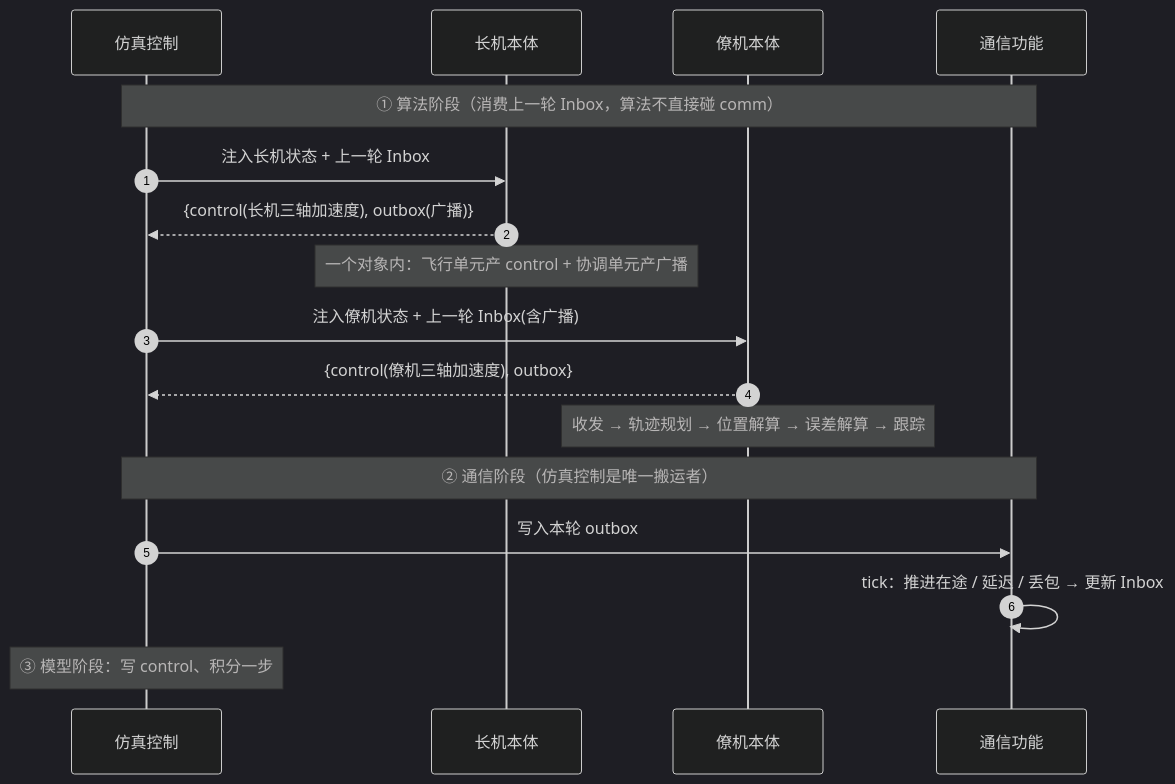
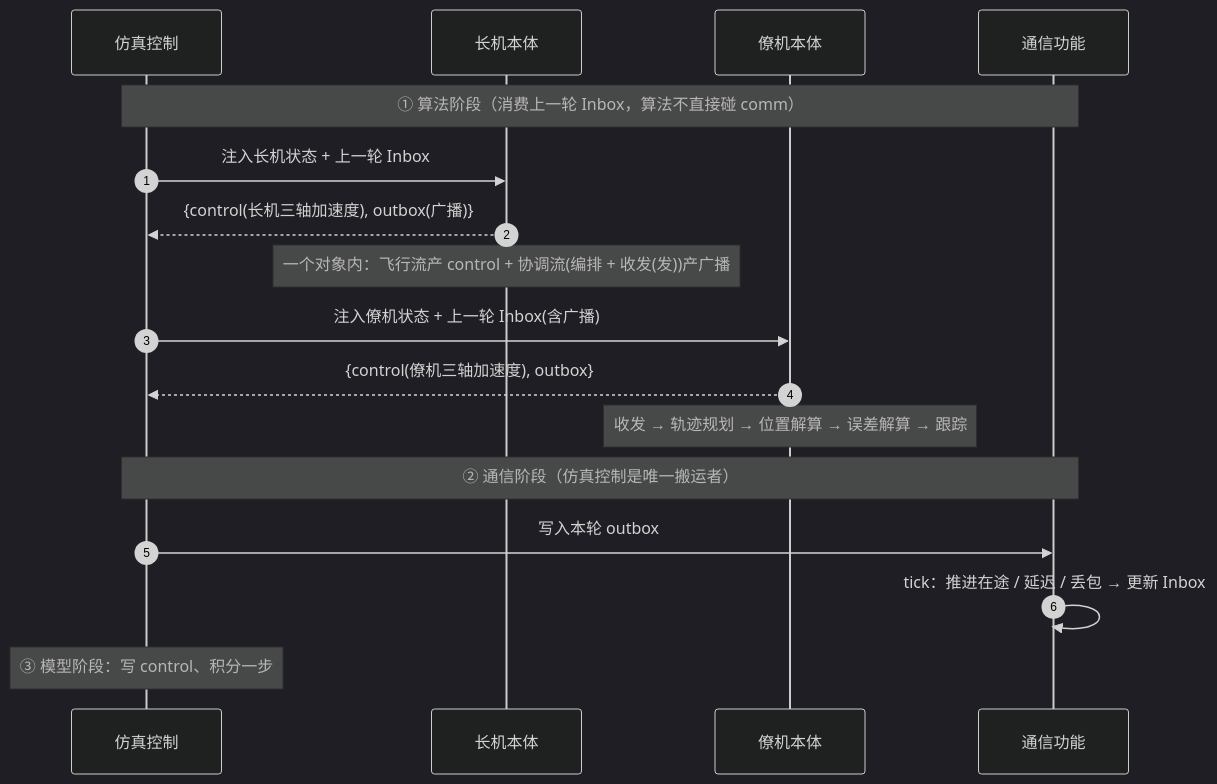
One commit to tanqingkuang/- changed the second of 2 diagrams in docs/3-编队算法设计文档/0-HLD.md. Above: the diagram before and after it, drawn with Mermaid (dark theme). The commit also changed other lines of this file and 5 other files, not shown here.

````diff
--- a/docs/3-编队算法设计文档/0-HLD.md
+++ b/docs/3-编队算法设计文档/0-HLD.md
@@ -94,20 +93,20 @@
 ```mermaid
 sequenceDiagram
     autonumber
     participant SC as 仿真控制
     participant LE as 长机本体
     participant WE as 僚机本体
     participant CM as 通信功能
 
     Note over SC,CM: ① 算法阶段（消费上一轮 Inbox，算法不直接碰 comm）
     SC->>LE: 注入长机状态 + 上一轮 Inbox
     LE-->>SC: {control(长机三轴加速度), outbox(广播)}
-    Note over LE: 一个对象内：飞行单元产 control + 协调单元产广播
+    Note over LE: 一个对象内：飞行流产 control + 协调流(编排 + 收发(发))产广播
     SC->>WE: 注入僚机状态 + 上一轮 Inbox(含广播)
     WE-->>SC: {control(僚机三轴加速度), outbox}
     Note over WE: 收发 → 轨迹规划 → 位置解算 → 误差解算 → 跟踪
     Note over SC,CM: ② 通信阶段（仿真控制是唯一搬运者）
     SC->>CM: 写入本轮 outbox
     CM->>CM: tick：推进在途 / 延迟 / 丢包 → 更新 Inbox
     Note over SC: ③ 模型阶段：写 control、积分一步
 ```
````
